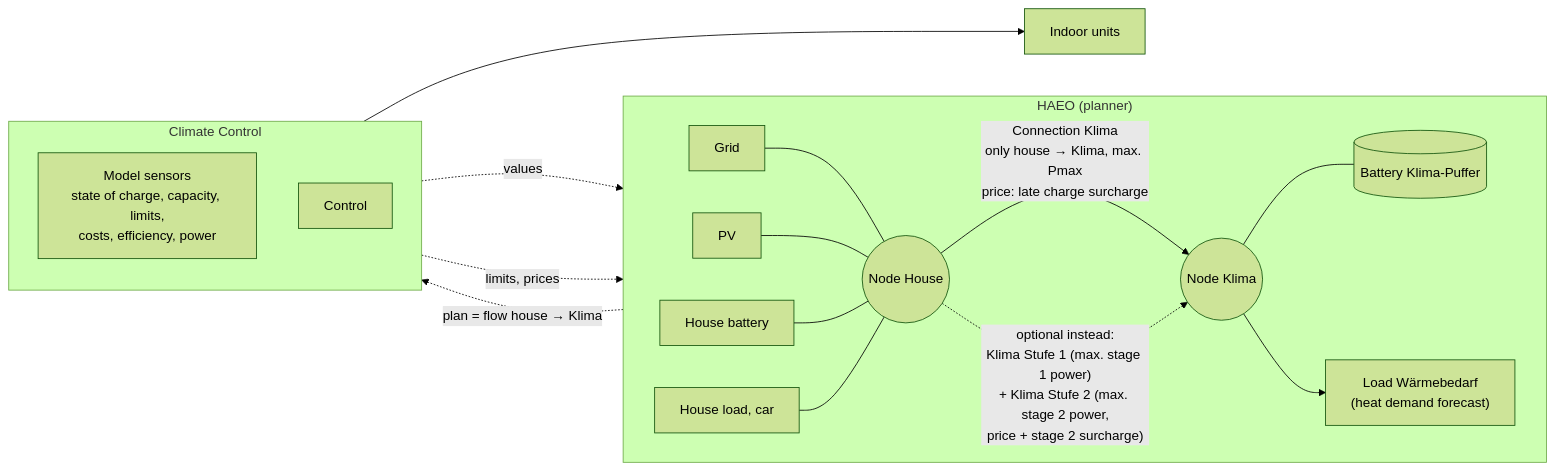
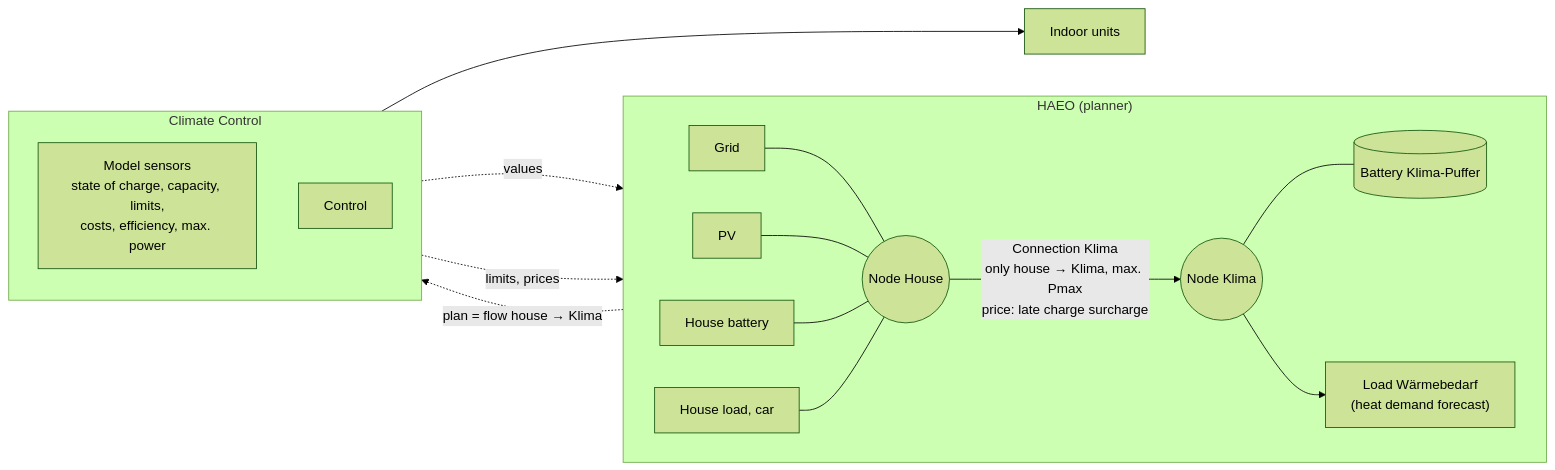
One commit to principat/ha-indirect-climate-control changed the first of 2 diagrams in README.md. Above: the diagram before and after it, drawn with Mermaid (forest theme). The commit also changed other lines of this file and 23 other files, not shown here.

````diff
--- a/README.md
+++ b/README.md
@@ -56,23 +61,22 @@
 ```mermaid
 flowchart LR
     subgraph haeo["HAEO (planner)"]
         direction LR
         grid["Grid"] --- house(("Node House"))
         pv["PV"] --- house
         battery["House battery"] --- house
         consumption["House load, car"] --- house
         house -- "Connection Klima<br/>only house → Klima, max. Pmax<br/>price: late charge surcharge" --> klima(("Node Klima"))
-        house -. "optional instead:<br/>Klima Stufe 1 (max. stage 1 power)<br/>+ Klima Stufe 2 (max. stage 2 power,<br/>price + stage 2 surcharge)" .-> klima
         klima --- buffer[("Battery Klima-Puffer")]
         klima --> heat["Load Wärmebedarf<br/>(heat demand forecast)"]
     end
     subgraph cc["Climate Control"]
         direction TB
-        values["Model sensors<br/>state of charge, capacity, limits,<br/>costs, efficiency, power"]
+        values["Model sensors<br/>state of charge, capacity, limits,<br/>costs, efficiency, max. power"]
         control["Control"]
     end
     values -. "values" .-> buffer
     values -. "limits, prices" .-> klima
     klima -. "plan = flow house → Klima" .-> control
     control --> units["Indoor units"]
 ```
````
